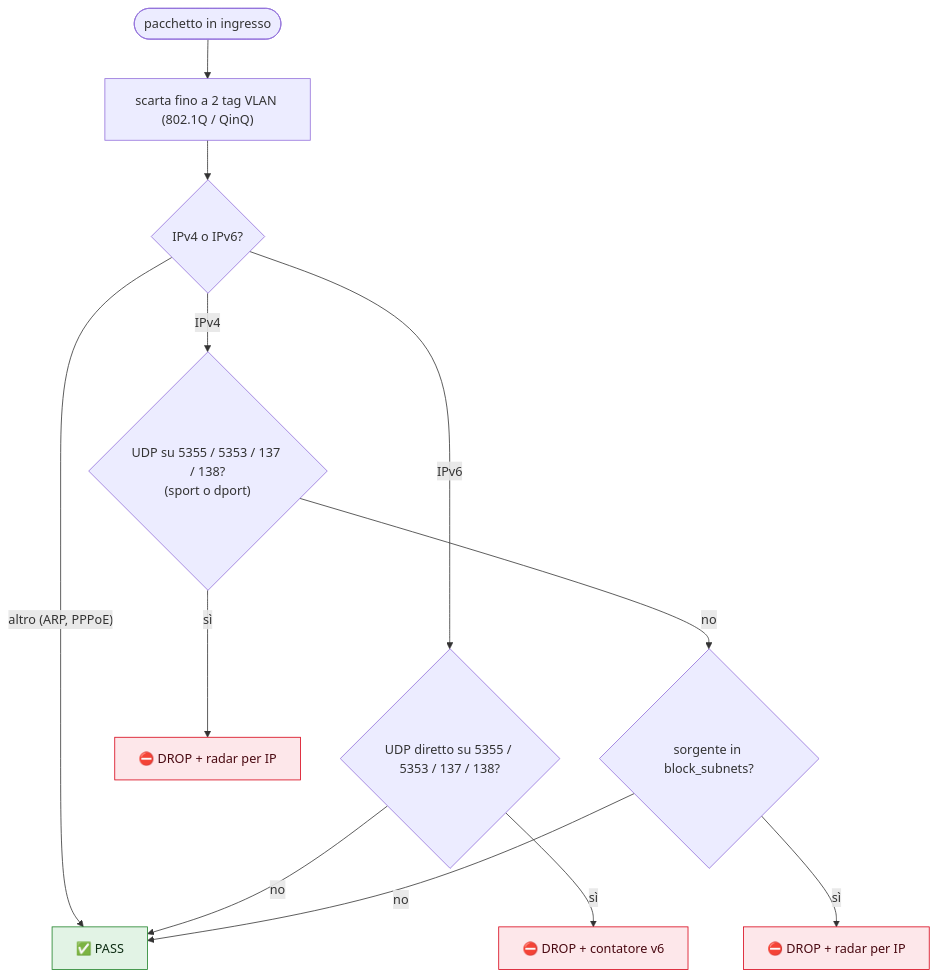
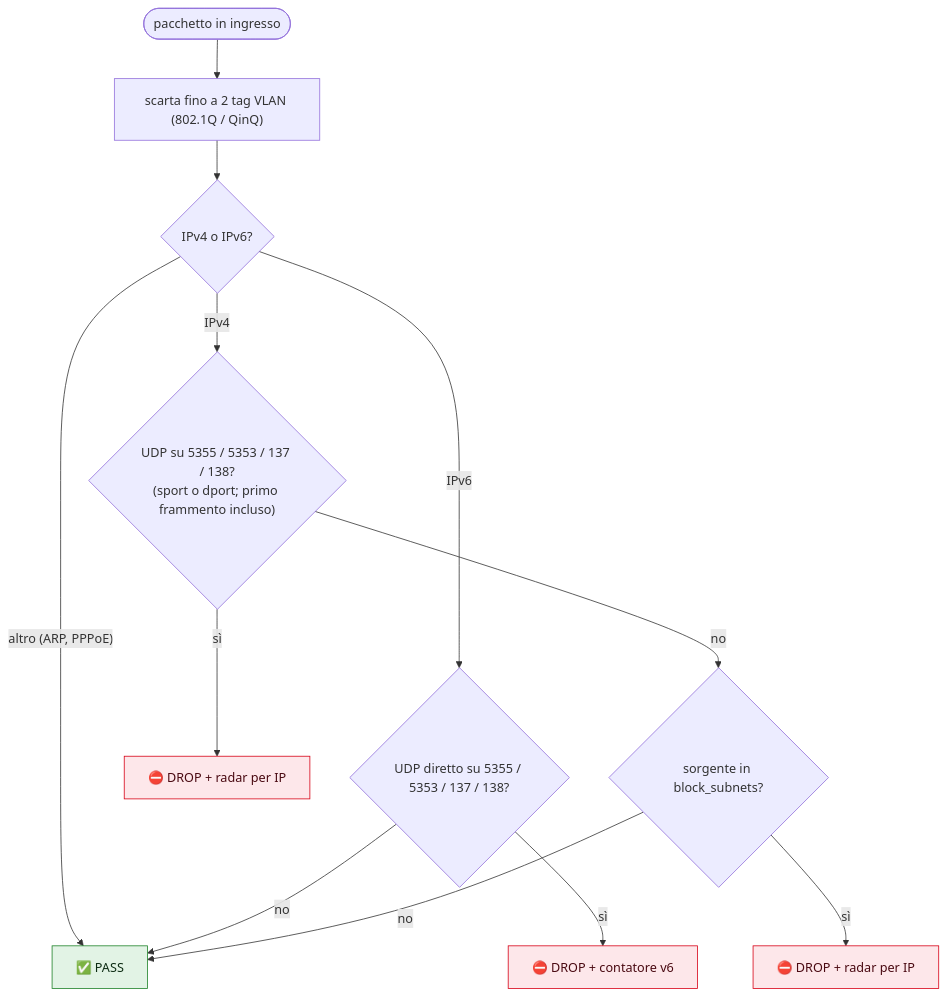
Before and after one commit to ZioZoni95/ZeroShield: the first of 2 diagrams in README.md, drawn with Mermaid. The commit also changed other lines of this file, not shown here.

````diff
--- a/README.md
+++ b/README.md
@@ -128,18 +135,18 @@
 ```mermaid
 flowchart TD
     PKT(["pacchetto in ingresso"]) --> VLAN["scarta fino a 2 tag VLAN (802.1Q / QinQ)"]
     VLAN --> L3{"IPv4 o IPv6?"}
     L3 -- "altro (ARP, PPPoE)" --> PASS["✅ PASS"]
     L3 -- "IPv6" --> P6{"UDP diretto su 5355 / 5353 / 137 / 138?"}
     P6 -- "sì" --> D6["⛔ DROP + contatore v6"]
     P6 -- "no" --> PASS
-    L3 -- "IPv4" --> P4{"UDP su 5355 / 5353 / 137 / 138?<br/>(sport o dport)"}
+    L3 -- "IPv4" --> P4{"UDP su 5355 / 5353 / 137 / 138?<br/>(sport o dport; primo frammento incluso)"}
     P4 -- "sì" --> D4["⛔ DROP + radar per IP"]
     P4 -- "no" --> SUB{"sorgente in block_subnets?"}
     SUB -- "sì" --> D4S["⛔ DROP + radar per IP"]
     SUB -- "no" --> PASS
     classDef deny fill:#fde7ea,stroke:#d70015,color:#4a0a12;
     classDef ok fill:#e2f3e5,stroke:#1d8127,color:#0c2b12;
     class D6,D4,D4S deny;
     class PASS ok;
 ```
````
